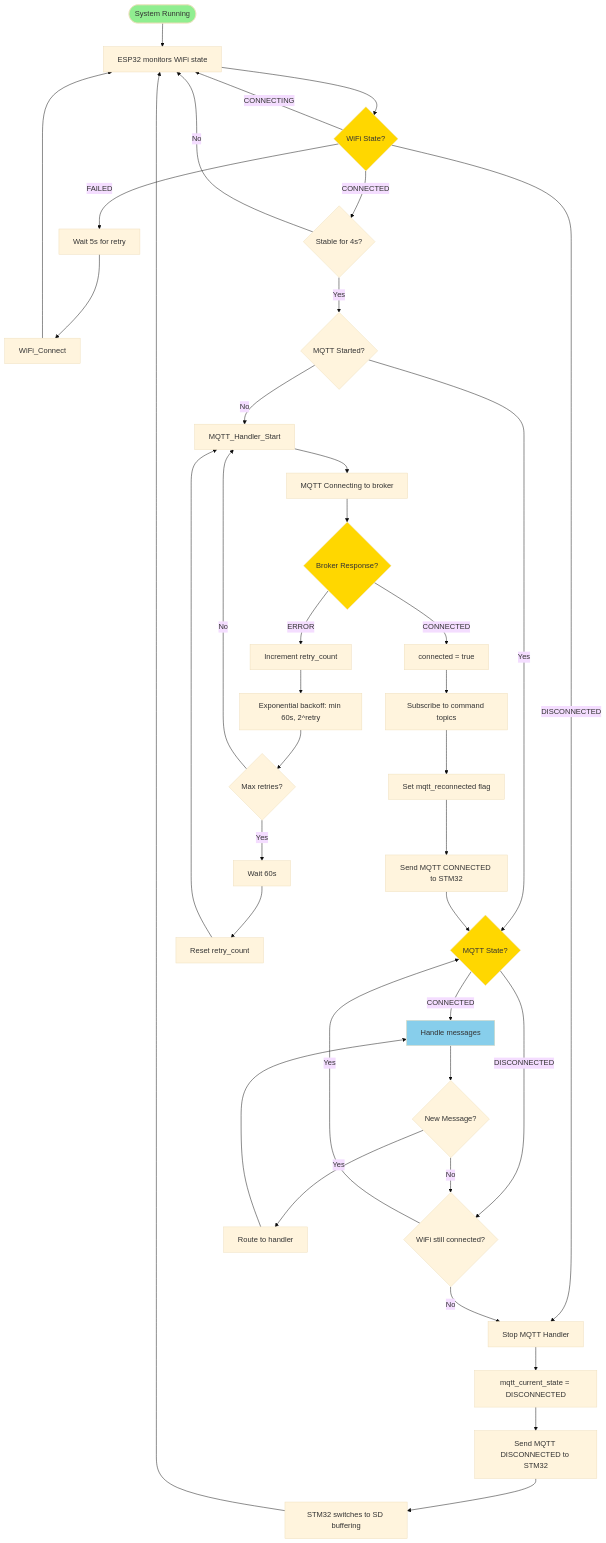
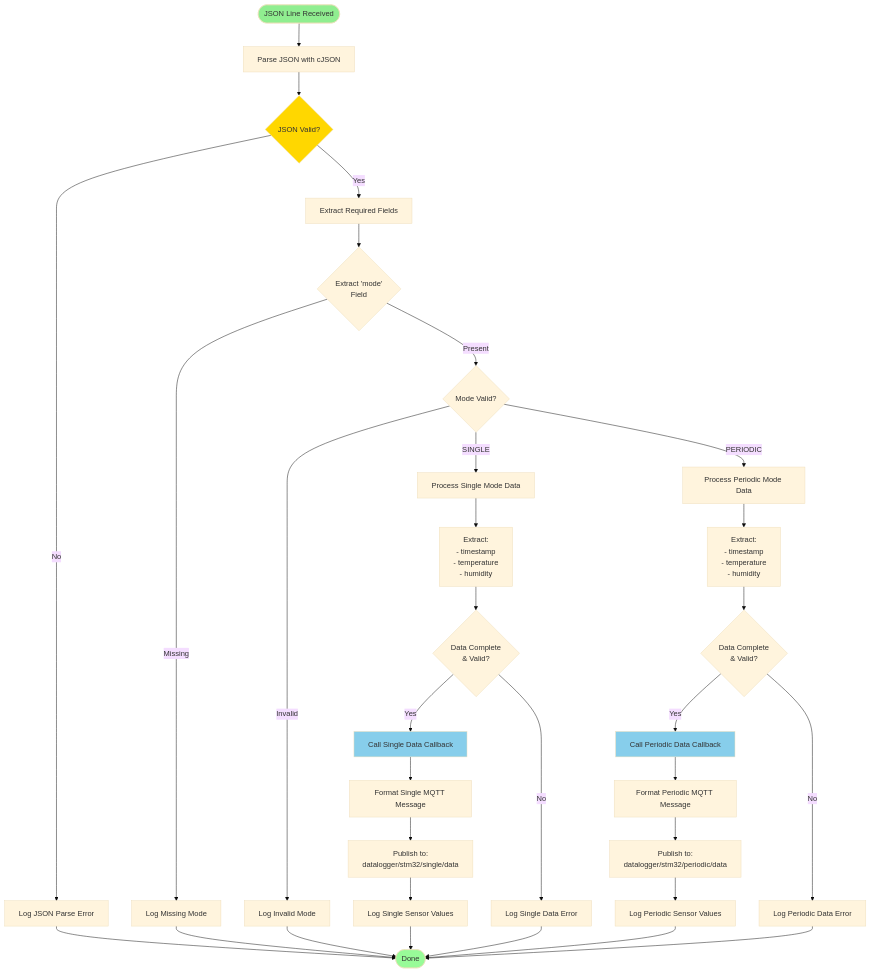
Before and after one commit to quochung143/datalogger: the fifth of 9 diagrams in documents/firmware/FLOW_DIAGRAM_FIRMWARE.md, drawn with Mermaid (base theme). The commit also changed other lines of this file and 7 other files, not shown here.

Commit message:
fix diagram, flowchart, UML

````diff
--- a/documents/firmware/FLOW_DIAGRAM_FIRMWARE.md
+++ b/documents/firmware/FLOW_DIAGRAM_FIRMWARE.md
@@ -174,63 +197,53 @@
 ```mermaid
 flowchart TD
-    Start([System Running]) --> MonitorWiFi[ESP32 monitors WiFi state]
+    Start([JSON Line Received]) --> ParseJSON[Parse JSON with cJSON]
+    ParseJSON --> ValidateJSON{JSON Valid?}
     
-    MonitorWiFi --> CheckWiFi{WiFi State?}
+    ValidateJSON -->|No| LogParseError[Log JSON Parse Error]
+    ValidateJSON -->|Yes| ExtractFields[Extract Required Fields]
     
-    CheckWiFi -->|CONNECTED| CheckStable{Stable for 4s?}
-    CheckWiFi -->|DISCONNECTED| StopMQTT[Stop MQTT Handler]
-    CheckWiFi -->|FAILED| WaitRetry[Wait 5s for retry]
-    CheckWiFi -->|CONNECTING| MonitorWiFi
+    LogParseError --> Done([Done])
     
-    WaitRetry --> RetryWiFi[WiFi_Connect]
-    RetryWiFi --> MonitorWiFi
+    ExtractFields --> CheckMode{Extract 'mode'<br/>Field}
+    CheckMode -->|Missing| MissingMode[Log Missing Mode]
+    CheckMode -->|Present| ValidateMode{Mode Valid?}
     
-    CheckStable -->|Yes| CheckMQTTStart{MQTT Started?}
-    CheckStable -->|No| MonitorWiFi
+    MissingMode --> Done
+    ValidateMode -->|Invalid| InvalidMode[Log Invalid Mode]
+    ValidateMode -->|SINGLE| ProcessSingle[Process Single Mode Data]
+    ValidateMode -->|PERIODIC| ProcessPeriodic[Process Periodic Mode Data]
     
-    CheckMQTTStart -->|No| StartMQTT[MQTT_Handler_Start]
-    CheckMQTTStart -->|Yes| CheckMQTTConn
+    InvalidMode --> Done
     
-    StartMQTT --> Connecting[MQTT Connecting to broker]
-    Connecting --> BrokerResponse{Broker Response?}
+    ProcessSingle --> ExtractSingleData[Extract:<br/>- timestamp<br/>- temperature<br/>- humidity]
+    ProcessPeriodic --> ExtractPeriodicData[Extract:<br/>- timestamp<br/>- temperature<br/>- humidity]
     
-    BrokerResponse -->|CONNECTED| SetConnected[connected = true]
-    BrokerResponse -->|ERROR| IncRetry[Increment retry_count]
+    ExtractSingleData --> ValidateSingleData{Data Complete<br/>& Valid?}
+    ExtractPeriodicData --> ValidatePeriodicData{Data Complete<br/>& Valid?}
     
-    SetConnected --> Subscribe[Subscribe to command topics]
-    Subscribe --> SetReconnFlag[Set mqtt_reconnected flag]
-    SetReconnFlag --> NotifySTM32Conn[Send MQTT CONNECTED to STM32]
-    NotifySTM32Conn --> CheckMQTTConn
+    ValidateSingleData -->|Yes| CallSingleCallback[Call Single Data Callback]
+    ValidateSingleData -->|No| LogSingleError[Log Single Data Error]
     
-    IncRetry --> BackoffDelay[Exponential backoff: min 60s, 2^retry]
-    BackoffDelay --> CheckMaxRetry{Max retries?}
-    CheckMaxRetry -->|No| StartMQTT
-    CheckMaxRetry -->|Yes| WaitReset[Wait 60s]
-    WaitReset --> ResetRetry[Reset retry_count]
-    ResetRetry --> StartMQTT
+    ValidatePeriodicData -->|Yes| CallPeriodicCallback[Call Periodic Data Callback]
+    ValidatePeriodicData -->|No| LogPeriodicError[Log Periodic Data Error]
     
-    CheckMQTTConn{MQTT State?}
-    CheckMQTTConn -->|CONNECTED| Active[Handle messages]
-    CheckMQTTConn -->|DISCONNECTED| CheckWiFiState
+    CallSingleCallback --> FormatSingleMQTT[Format Single MQTT Message]
+    CallPeriodicCallback --> FormatPeriodicMQTT[Format Periodic MQTT Message]
     
-    Active --> CheckMsg{New Message?}
-    CheckMsg -->|Yes| RouteMsg[Route to handler]
-    CheckMsg -->|No| CheckWiFiState
+    FormatSingleMQTT --> PublishSingle[Publish to:<br/>datalogger/stm32/single/data]
+    FormatPeriodicMQTT --> PublishPeriodic[Publish to:<br/>datalogger/stm32/periodic/data]
     
-    RouteMsg --> Active
+    PublishSingle --> LogSingleSensor[Log Single Sensor Values]
+    PublishPeriodic --> LogPeriodicSensor[Log Periodic Sensor Values]
     
-    CheckWiFiState{WiFi still connected?}
-    CheckWiFiState -->|Yes| CheckMQTTConn
-    CheckWiFiState -->|No| StopMQTT
-    
-    StopMQTT --> UpdateMQTTState[mqtt_current_state = DISCONNECTED]
-    UpdateMQTTState --> NotifySTM32Disc[Send MQTT DISCONNECTED to STM32]
-    NotifySTM32Disc --> STM32Response[STM32 switches to SD buffering]
-    STM32Response --> MonitorWiFi
+    LogSingleError --> Done
+    LogPeriodicError --> Done
+    LogSingleSensor --> Done
+    LogPeriodicSensor --> Done
     
     style Start fill:#90EE90
-    style CheckWiFi fill:#FFD700
-    style BrokerResponse fill:#FFD700
-    style CheckMQTTConn fill:#FFD700
-    style Active fill:#87CEEB
+    style ValidateJSON fill:#FFD700
+    style CallSingleCallback fill:#87CEEB
+    style CallPeriodicCallback fill:#87CEEB
+    style Done fill:#98FB98
 ```
````
